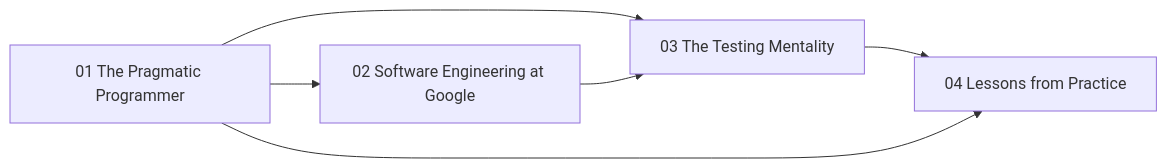
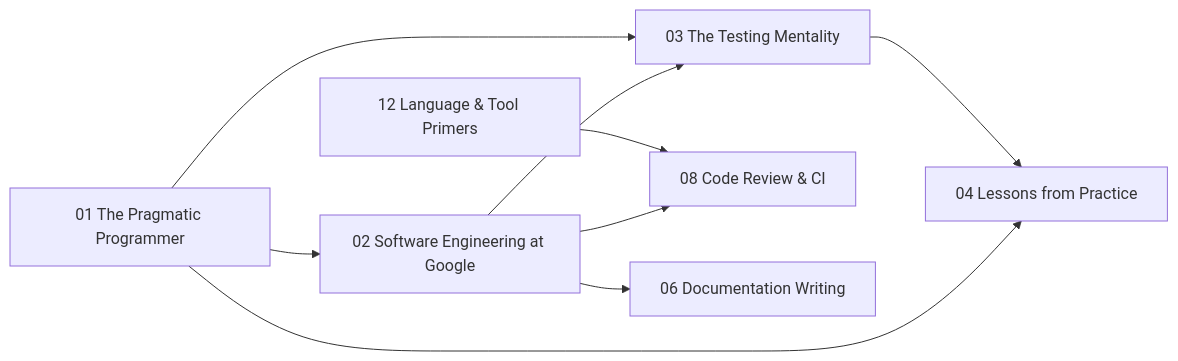
Before and after one commit to urmzd/supersource: the diagram in software-craftsmanship/README.md, drawn with Mermaid. The commit also changed other lines of this file and 465 other files, not shown here.

````diff
--- a/software-craftsmanship/README.md
+++ b/software-craftsmanship/README.md
@@ -31,8 +31,11 @@
 ```mermaid
 graph LR
     PP[01 The Pragmatic Programmer] --> SWE[02 Software Engineering at Google]
     PP --> TEST[03 The Testing Mentality]
     SWE --> TEST
     TEST --> LP[04 Lessons from Practice]
     PP --> LP
+    PR[12 Language & Tool Primers] --> CI[08 Code Review & CI]
+    SWE --> CI
+    SWE --> DOC[06 Documentation Writing]
 ```
````
